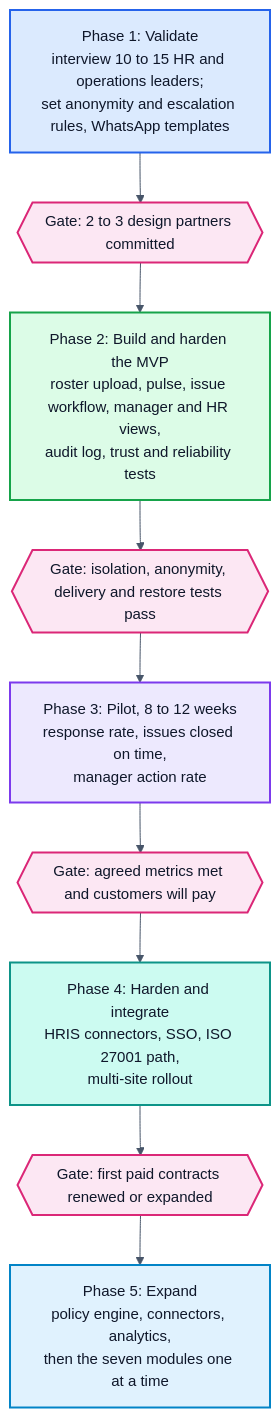
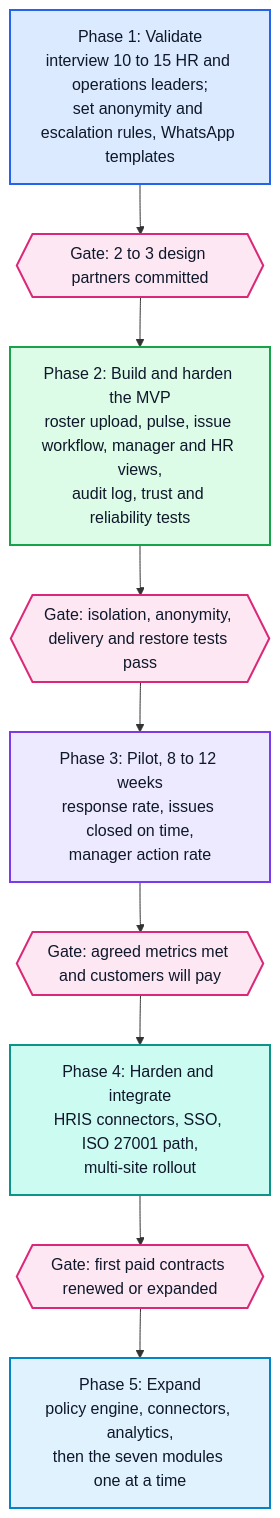
Before and after one commit to AaravVatsh27/The-Future-Ready-Human-Centric-Workplace-Ecosystem: diagram 16 of 17 in README.md, drawn with Mermaid. The commit also changed other lines of this file, not shown here.

````diff
--- a/README.md
+++ b/README.md
@@ -1153,24 +1142,23 @@
 ```mermaid
-%%{init: {'theme':'base','themeVariables':{'fontSize':'15px','primaryColor':'#dbeafe','primaryTextColor':'#0f172a','primaryBorderColor':'#2563eb','secondaryColor':'#dcfce7','secondaryTextColor':'#0f172a','secondaryBorderColor':'#16a34a','tertiaryColor':'#f1f5f9','tertiaryTextColor':'#0f172a','tertiaryBorderColor':'#94a3b8','lineColor':'#475569','textColor':'#0f172a','background':'#ffffff','edgeLabelBackground':'#ffffff','noteBkgColor':'#e0f2fe','noteTextColor':'#0f172a','noteBorderColor':'#0284c7','actorBkg':'#dbeafe','actorBorder':'#2563eb','actorTextColor':'#0f172a','actorLineColor':'#64748b','signalColor':'#334155','signalTextColor':'#0f172a','labelBoxBkgColor':'#ede9fe','labelBoxBorderColor':'#7c3aed','labelTextColor':'#0f172a','loopTextColor':'#0f172a','activationBkgColor':'#ccfbf1','activationBorderColor':'#0d9488','sequenceNumberColor':'#ffffff','stateBkg':'#dbeafe','stateLabelColor':'#0f172a','altBackground':'#f1f5f9','compositeBackground':'#f8fafc','compositeTitleBackground':'#ede9fe','innerEndBackground':'#475569','specialStateColor':'#475569','transitionColor':'#475569','transitionLabelColor':'#0f172a','attributeBackgroundColorOdd':'#f0f9ff','attributeBackgroundColorEven':'#e0f2fe'}}}%%
 flowchart TB
     P1[Phase 1: Validate<br/>interview 10 to 15 HR and operations leaders;<br/>set anonymity and escalation rules, WhatsApp templates] --> G1{{Gate: 2 to 3 design partners committed}}
     G1 --> P2[Phase 2: Build and harden the MVP<br/>roster upload, pulse, issue workflow, manager and HR views,<br/>audit log, trust and reliability tests]
     P2 --> G2{{Gate: isolation, anonymity, delivery and restore tests pass}}
     G2 --> P3[Phase 3: Pilot, 8 to 12 weeks<br/>response rate, issues closed on time,<br/>manager action rate]
     P3 --> G3{{Gate: agreed metrics met and customers will pay}}
     G3 --> P4[Phase 4: Harden and integrate<br/>HRIS connectors, SSO, ISO 27001 path,<br/>multi-site rollout]
     P4 --> G4{{Gate: first paid contracts renewed or expanded}}
     G4 --> P5[Phase 5: Expand<br/>policy engine, connectors, analytics,<br/>then the seven modules one at a time]
     classDef blue fill:#dbeafe,stroke:#2563eb,stroke-width:2px,color:#0f172a
     classDef green fill:#dcfce7,stroke:#16a34a,stroke-width:2px,color:#0f172a
     classDef purple fill:#ede9fe,stroke:#7c3aed,stroke-width:2px,color:#0f172a
     classDef teal fill:#ccfbf1,stroke:#0d9488,stroke-width:2px,color:#0f172a
     classDef sky fill:#e0f2fe,stroke:#0284c7,stroke-width:2px,color:#0f172a
     classDef rose fill:#fce7f3,stroke:#db2777,stroke-width:2px,color:#0f172a
     class P1 blue
     class P2 green
     class P3 purple
     class P4 teal
     class P5 sky
     class G1,G2,G3,G4 rose
 ```
````
